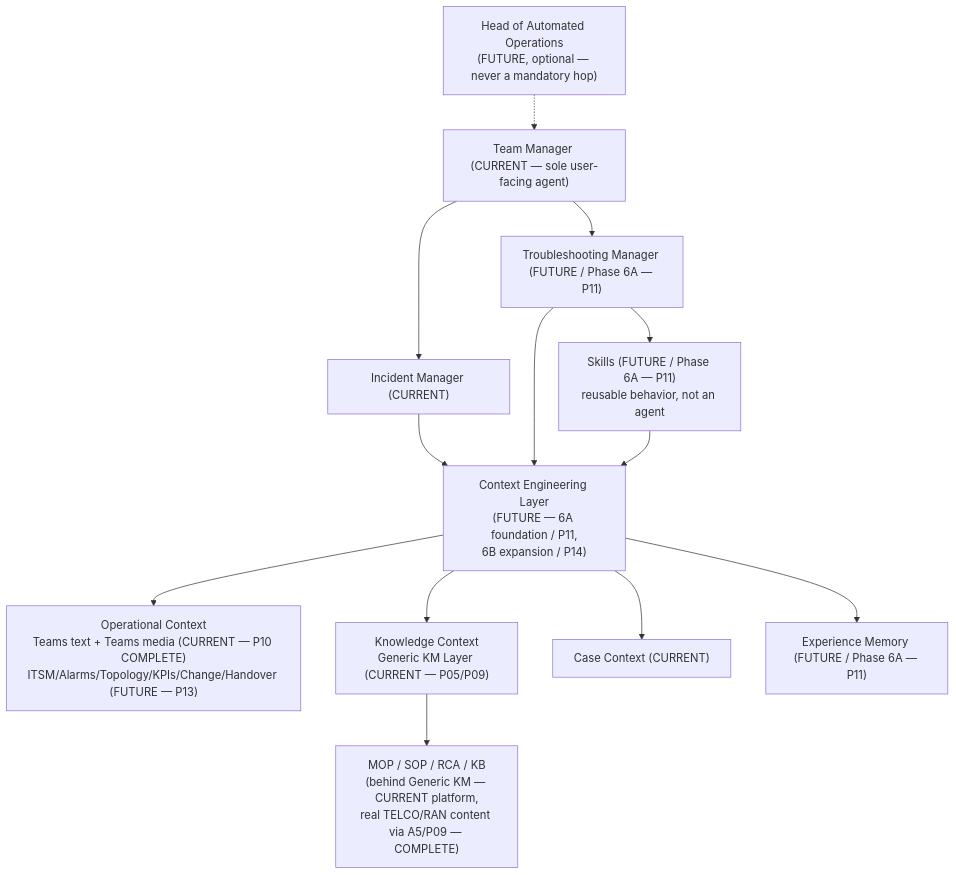
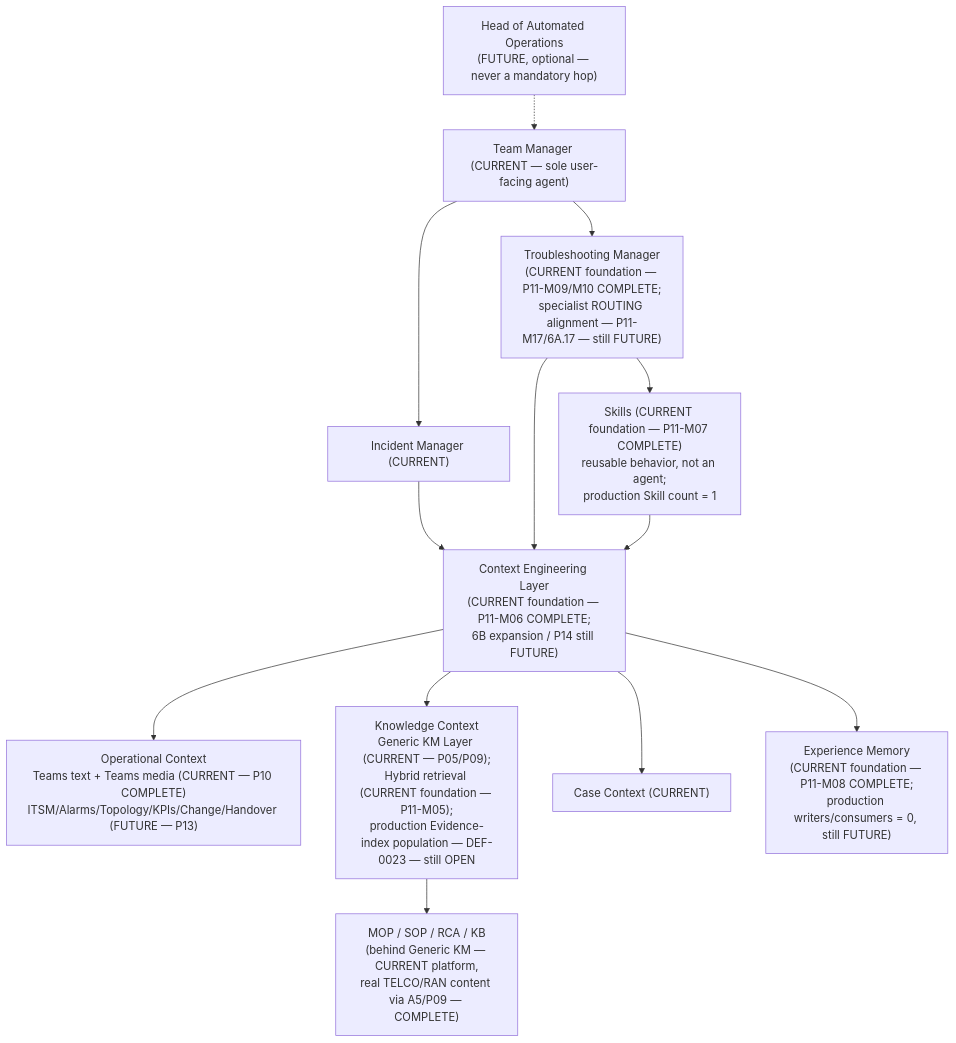
One commit to drak0niii/SLOPANOC changed the second of 2 diagrams in docs/MASTER_ROADMAP.md. Above: the diagram before and after it, drawn with Mermaid. The commit also changed other lines of this file and 206 other files, not shown here.

Commit message:
feat: preserve Phase 6A intelligence foundation

````diff
--- a/docs/MASTER_ROADMAP.md
+++ b/docs/MASTER_ROADMAP.md
@@ -364,15 +443,15 @@
 ```mermaid
 flowchart TD
     HOO["Head of Automated Operations<br/>(FUTURE, optional — never a mandatory hop)"] -.-> TM
     TM["Team Manager (CURRENT — sole user-facing agent)"] --> IM["Incident Manager (CURRENT)"]
-    TM --> TSM["Troubleshooting Manager (FUTURE / Phase 6A — P11)"]
-    TSM --> SK["Skills (FUTURE / Phase 6A — P11)<br/>reusable behavior, not an agent"]
-    IM --> CEL["Context Engineering Layer<br/>(FUTURE — 6A foundation / P11,<br/>6B expansion / P14)"]
+    TM --> TSM["Troubleshooting Manager<br/>(CURRENT foundation — P11-M09/M10 COMPLETE;<br/>specialist ROUTING alignment — P11-M17/6A.17 — still FUTURE)"]
+    TSM --> SK["Skills (CURRENT foundation — P11-M07 COMPLETE)<br/>reusable behavior, not an agent;<br/>production Skill count = 1"]
+    IM --> CEL["Context Engineering Layer<br/>(CURRENT foundation — P11-M06 COMPLETE;<br/>6B expansion / P14 still FUTURE)"]
     TSM --> CEL
     SK --> CEL
     CEL --> OC["Operational Context<br/>Teams text + Teams media (CURRENT — P10 COMPLETE)<br/>ITSM/Alarms/Topology/KPIs/Change/Handover (FUTURE — P13)"]
-    CEL --> KC["Knowledge Context<br/>Generic KM Layer (CURRENT — P05/P09)"]
+    CEL --> KC["Knowledge Context<br/>Generic KM Layer (CURRENT — P05/P09);<br/>Hybrid retrieval (CURRENT foundation — P11-M05);<br/>production Evidence-index population — DEF-0023 — still OPEN"]
     CEL --> CC["Case Context (CURRENT)"]
-    CEL --> EM["Experience Memory (FUTURE / Phase 6A — P11)"]
+    CEL --> EM["Experience Memory<br/>(CURRENT foundation — P11-M08 COMPLETE;<br/>production writers/consumers = 0, still FUTURE)"]
     KC --> KM["MOP / SOP / RCA / KB<br/>(behind Generic KM — CURRENT platform,<br/>real TELCO/RAN content via A5/P09 — COMPLETE)"]
 ```
````
